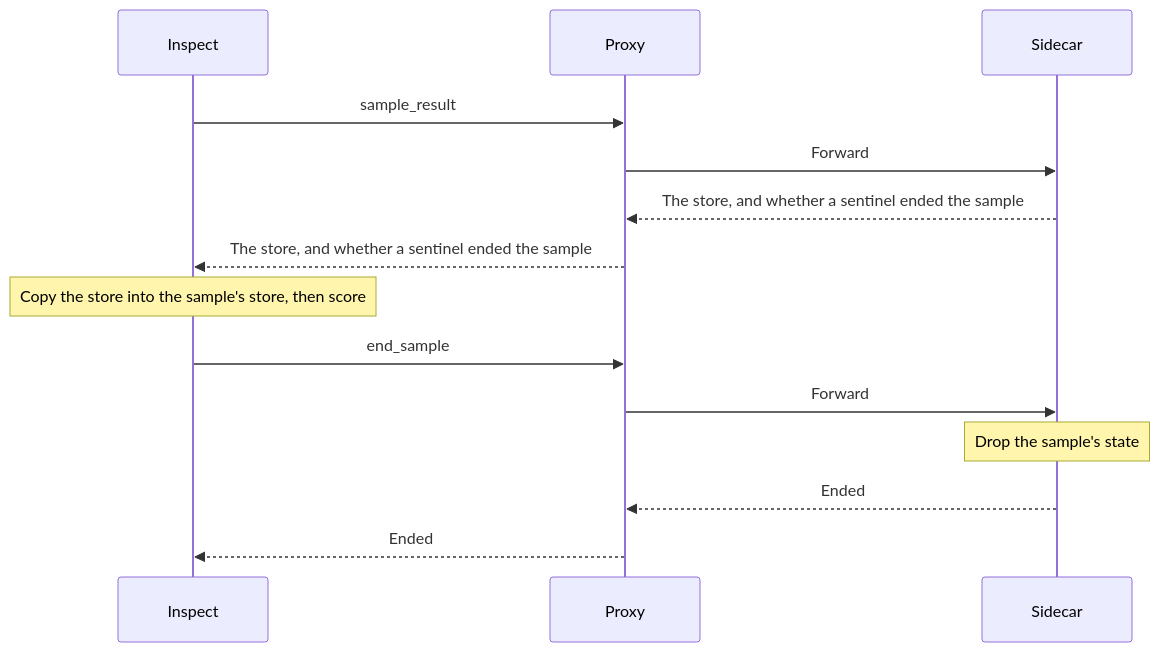
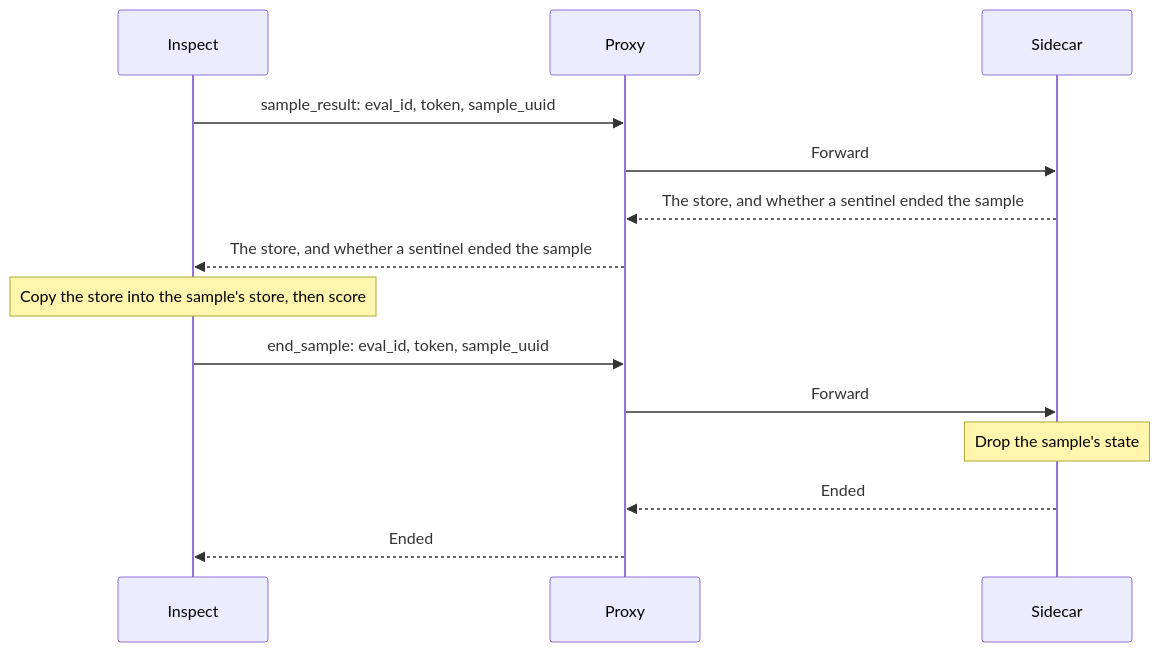
One commit to meridianlabs-ai/inspect_sentinel changed the seventh of 9 diagrams in design/sidecar.md. Above: the diagram before and after it, drawn with Mermaid. The commit also changed other lines of this file and 2 other files, not shown here.

````diff
--- a/design/sidecar.md
+++ b/design/sidecar.md
@@ -765,16 +798,16 @@
 ```mermaid
 sequenceDiagram
     participant I as Inspect
     participant P as Proxy
     participant S as Sidecar
-    I->>P: sample_result
+    I->>P: sample_result: eval_id, token, sample_uuid
     P->>S: Forward
     S-->>P: The store, and whether a sentinel ended the sample
     P-->>I: The store, and whether a sentinel ended the sample
     Note over I: Copy the store into the sample's store, then score
-    I->>P: end_sample
+    I->>P: end_sample: eval_id, token, sample_uuid
     P->>S: Forward
     Note over S: Drop the sample's state
     S-->>P: Ended
     P-->>I: Ended
 ```
````
